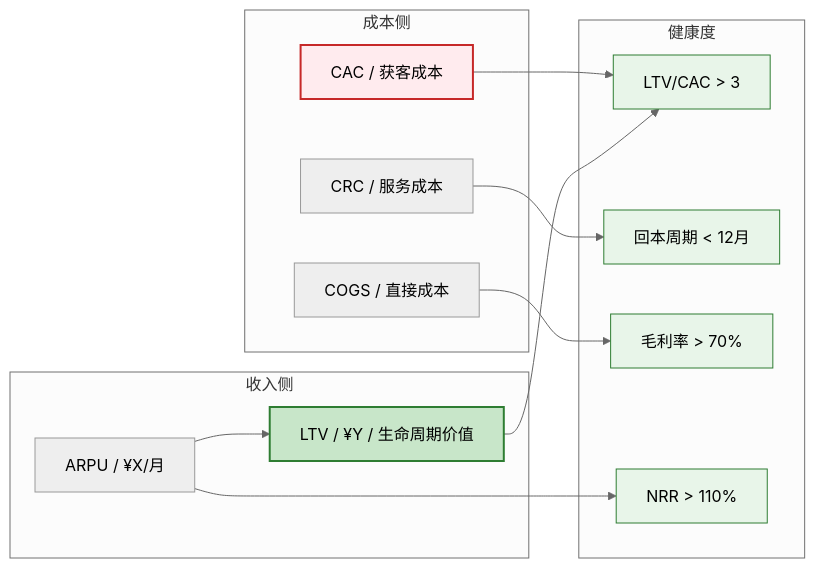
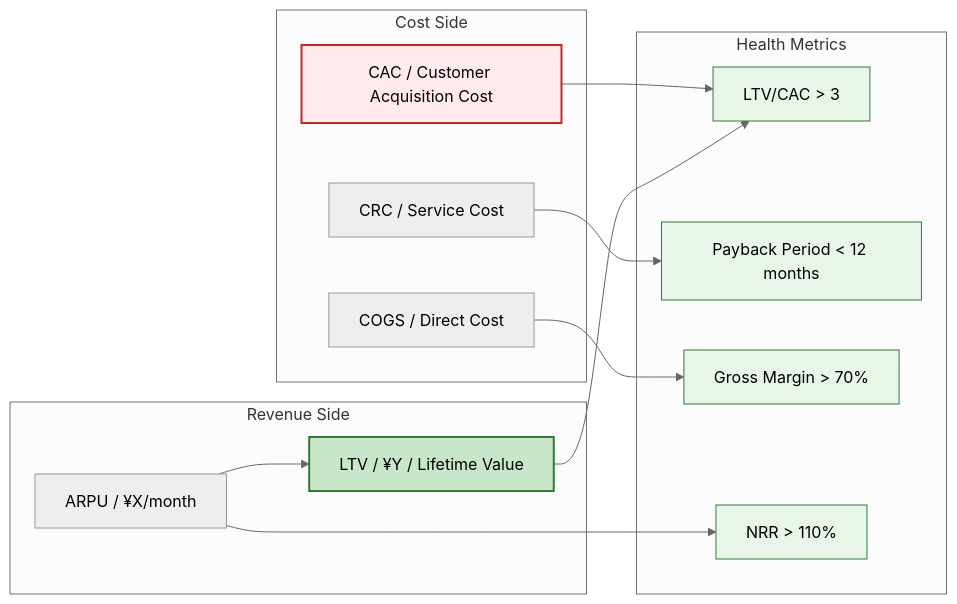
Diagram 13 of 15 in templates/【模板】商业模式文档.md (Kirky-X/cangjie), drawn with Mermaid (neutral theme) before and after one commit. The commit also changed other lines of this file and 12 other files, not shown here.

````diff
--- a/templates/【模板】商业模式文档.md
+++ b/templates/【模板】商业模式文档.md
@@ -492,34 +492,34 @@
 ```mermaid
 graph LR
-    subgraph 收入侧
-        ARPU[ARPU / ¥X/月]
-        LTV[LTV / ¥Y / 生命周期价值]
+    subgraph Revenue Side
+        ARPU[ARPU / ¥X/month]
+        LTV[LTV / ¥Y / Lifetime Value]
     end
 
-    subgraph 成本侧
-        CAC[CAC / 获客成本]
-        CRC[CRC / 服务成本]
-        COGS[COGS / 直接成本]
+    subgraph Cost Side
+        CAC[CAC / Customer Acquisition Cost]
+        CRC[CRC / Service Cost]
+        COGS[COGS / Direct Cost]
     end
 
-    subgraph 健康度
+    subgraph Health Metrics
         R1[LTV/CAC > 3]
-        R2[回本周期 < 12月]
-        R3[毛利率 > 70%]
+        R2[Payback Period < 12 months]
+        R3[Gross Margin > 70%]
         R4[NRR > 110%]
     end
 
     ARPU --> LTV
     CAC --> R1
     LTV --> R1
     CRC --> R2
     COGS --> R3
     ARPU --> R4
 
     style LTV fill:#c8e6c9,stroke:#2e7d32,stroke-width:2px
     style CAC fill:#ffebee,stroke:#c62828,stroke-width:2px
     style R1 fill:#e8f5e9,stroke:#2e7d32
     style R2 fill:#e8f5e9,stroke:#2e7d32
     style R3 fill:#e8f5e9,stroke:#2e7d32
     style R4 fill:#e8f5e9,stroke:#2e7d32
 ```
````
